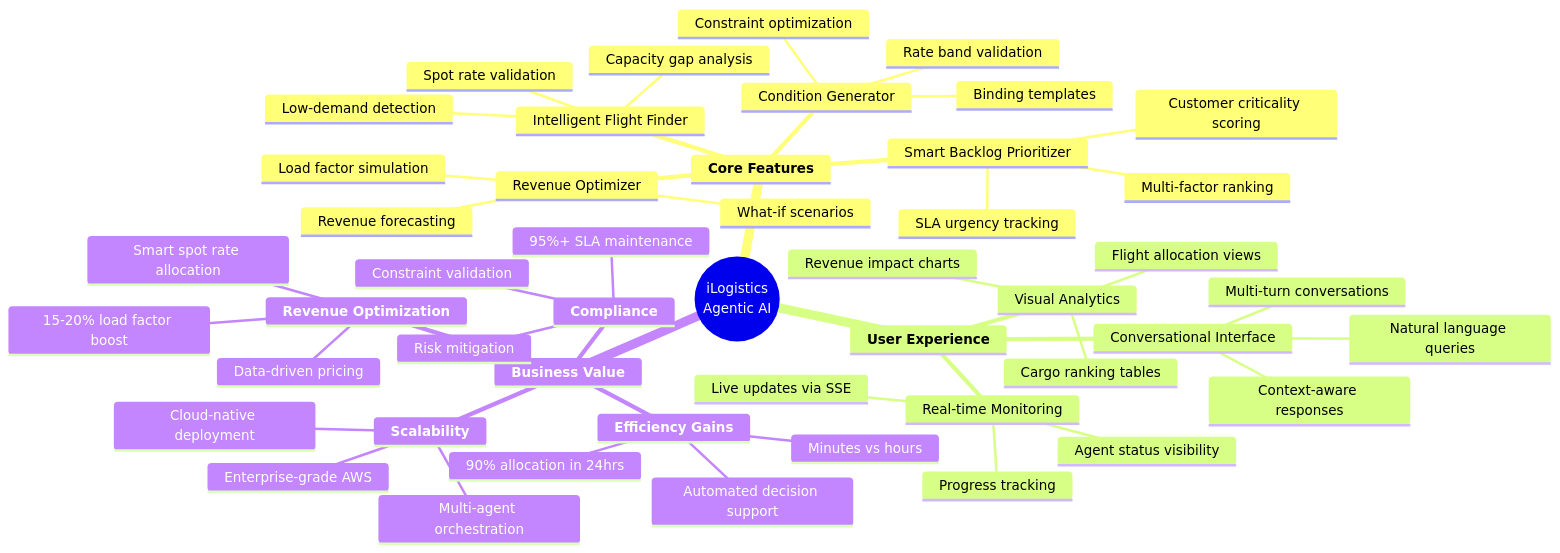
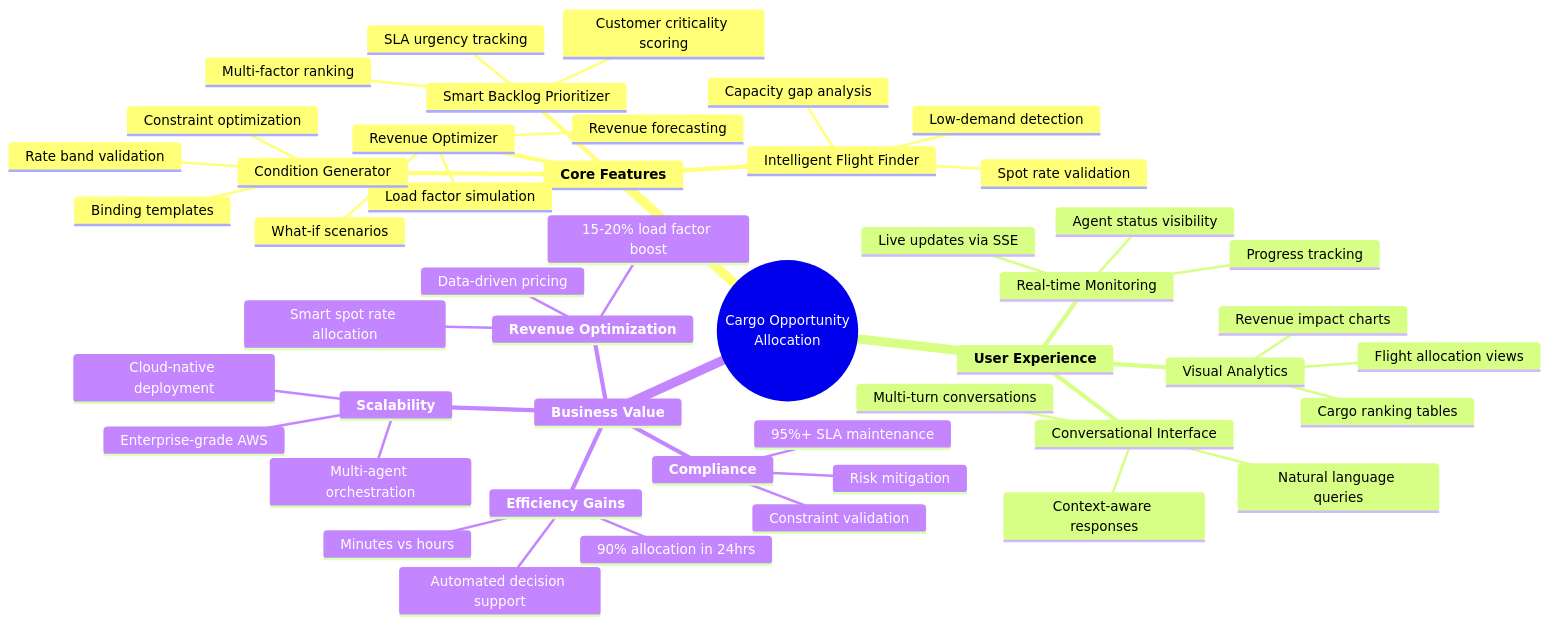
One commit to greetyv/test-repo-ai-hack changed the seventh of 9 diagrams in test-design-arch.md. Above: the diagram before and after it, drawn with Mermaid. The commit also changed other lines of this file, not shown here.

First line of the commit message:
Revise documentation for Cargo Opportunity Allocation

````diff
--- a/test-design-arch.md
+++ b/test-design-arch.md
@@ -568,51 +412,51 @@
 ```mermaid
 mindmap
-  root((iLogistics<br/>Agentic AI))
+  root((Cargo Opportunity<br/>Allocation))
     **Core Features**
       Intelligent Flight Finder
         Low-demand detection
         Capacity gap analysis
         Spot rate validation
       Smart Backlog Prioritizer
         Customer criticality scoring
         SLA urgency tracking
         Multi-factor ranking
       Revenue Optimizer
         What-if scenarios
         Load factor simulation
         Revenue forecasting
       Condition Generator
         Binding templates
         Rate band validation
         Constraint optimization
     **User Experience**
       Conversational Interface
         Natural language queries
         Context-aware responses
         Multi-turn conversations
       Real-time Monitoring
         Agent status visibility
         Progress tracking
         Live updates via SSE
       Visual Analytics
         Flight allocation views
         Cargo ranking tables
         Revenue impact charts
     **Business Value**
       **Efficiency Gains**
         90% allocation in 24hrs
         Minutes vs hours
         Automated decision support
       **Revenue Optimization**
         15-20% load factor boost
         Smart spot rate allocation
         Data-driven pricing
       **Compliance**
         95%+ SLA maintenance
         Constraint validation
         Risk mitigation
       **Scalability**
         Cloud-native deployment
         Multi-agent orchestration
         Enterprise-grade AWS
 ```
````
